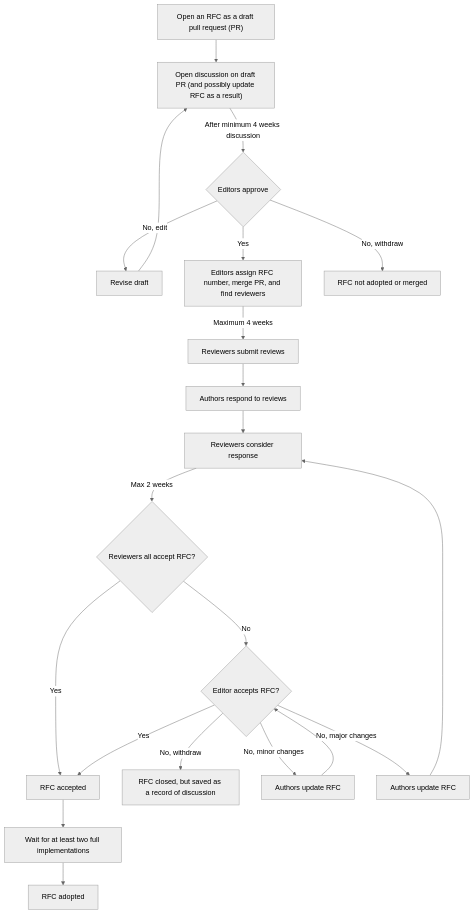
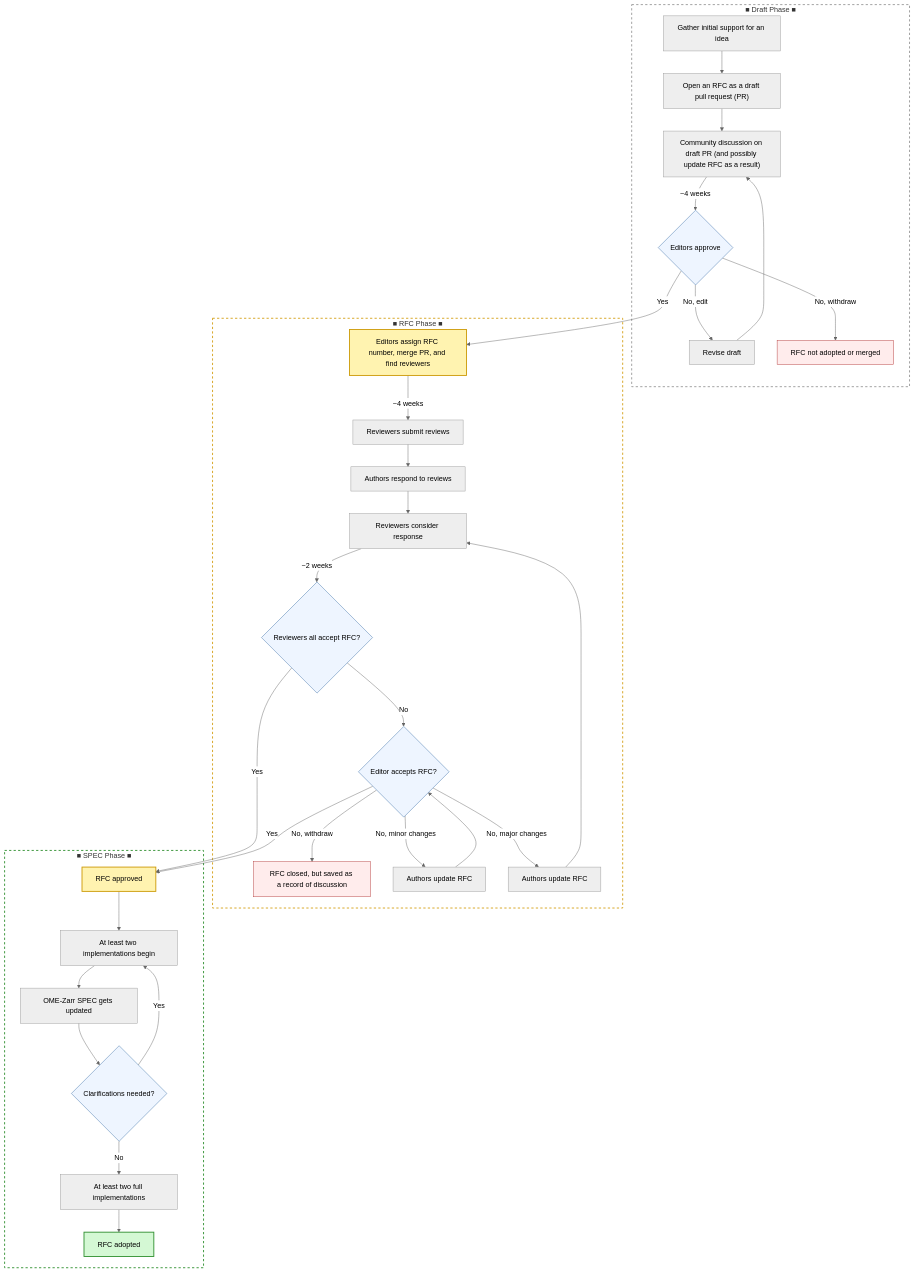
One commit to ome/ngff changed the diagram in resources/process/index.md. Above: the diagram before and after it, drawn with Mermaid (neutral theme).

Commit message:
Proofread + style mermaid

````diff
--- a/resources/process/index.md
+++ b/resources/process/index.md
@@ -107,80 +107,82 @@
 ```mermaid
-
 flowchart TD
 
-open --> discuss_draft
+%% =========================
+%% Draft Phase
+%% =========================
+subgraph DRAFT [■ Draft Phase ■]
+  plan --> open --> discuss_draft -->|~4 weeks| draft_approve
 
-discuss_draft -->|After minimum 4 weeks discussion| draft_approve
+  draft_approve -->|No, edit| revise_draft --> discuss_draft
+  draft_approve -->|No, withdraw| close
 
-draft_approve -->|No, edit| revise_draft
+  plan["Gather initial support for an idea"]
+  open["Open an RFC as a draft pull request (PR)"]
+  discuss_draft["Community discussion on draft PR (and possibly update RFC as a result)"]
+  draft_approve{"Editors approve"}
+  revise_draft["Revise draft"]
+  close["RFC not adopted or merged"]
+end
 
-revise_draft --> discuss_draft
+%% =========================
+%% RFC Phase
+%% =========================
+subgraph RFC [■ RFC Phase ■]
+  draft_approve -->|Yes| editor_assign
+  editor_assign -->|~4 weeks| review --> respond --> re_review -->|~2 weeks| review_decision
 
-draft_approve -->|Yes| editor_assign
+  review_decision -->|No| editor_decision
 
-draft_approve -->|No, withdraw| close
+  editor_decision -->|No, withdraw| close_after_review
+  editor_decision -->|No, minor changes| minor_changes --> editor_decision
+  editor_decision -->|No, major changes| major_changes --> re_review
 
-editor_assign -->|Maximum 4 weeks| review
+  editor_assign["Editors assign RFC number, merge PR, and find reviewers"]
+  review["Reviewers submit reviews"]
+  respond["Authors respond to reviews"]
+  re_review["Reviewers consider response"]
+  review_decision{"Reviewers all accept RFC?"}
+  editor_decision{"Editor accepts RFC?"}
+  minor_changes["Authors update RFC"]
+  major_changes["Authors update RFC"]
+  close_after_review["RFC closed, but saved as a record of discussion"]
+end
 
-review --> respond
+%% =========================
+%% SPEC Phase
+%% =========================
+subgraph SPEC [■ SPEC Phase ■]
+  review_decision -->|Yes| rfc_approve
+  editor_decision -->|Yes| rfc_approve
 
-respond --> re_review
+  rfc_approve --> first_implement --> rfc_accept --> clarifications
+  clarifications -->|Yes| first_implement
+  clarifications -->|No| general_adopt --> adopt
 
-re_review -->|Max 2 weeks| review_decision
+  rfc_approve["RFC approved"]
+  first_implement["At least two implementations begin"]
+  rfc_accept["OME-Zarr SPEC gets updated"]
+  clarifications{"Clarifications needed?"}
+  general_adopt["At least two full implementations"]
+  adopt["RFC adopted"]
+end
 
-review_decision -->|No| editor_decision
+%% =========================
+%% Styling
+%% =========================
+classDef approval fill:#fff3b0,stroke:#cc9a06,stroke-width:2px
+class rfc_approve,editor_assign approval
 
-review_decision -->|Yes| accept
+style adopt fill:#d4f8d4,stroke:#2f8f2f,stroke-width:2px
 
-editor_decision -->|Yes| accept
+classDef decision fill:#eef5ff,stroke:#3b6ea5,stroke-width:1px
+class draft_approve,review_decision,editor_decision,clarifications decision
 
-editor_decision -->|No, withdraw| close_after_review
+classDef endstate fill:#ffecec,stroke:#b33a3a,stroke-width:1px
+class close,close_after_review endstate
 
-editor_decision -->|No, minor changes| minor_changes
+style DRAFT fill:#ffffff,stroke:#999999,stroke-width:2px,stroke-dasharray: 5 5
+style RFC   fill:#ffffff,stroke:#d4a017,stroke-width:2px,stroke-dasharray: 5 5
+style SPEC  fill:#ffffff,stroke:#2f8f2f,stroke-width:2px,stroke-dasharray: 5 5
 
-minor_changes --> editor_decision
-
-editor_decision -->|No, major changes| major_changes
-
-major_changes --> re_review
-
-accept --> implement
-
-implement --> adopt
-
-
-
-open["Open an RFC as a draft pull request (PR)"]
-
-discuss_draft["Open discussion on draft PR (and possibly update RFC as a result)"]
-
-draft_approve{"Editors approve"}
-
-revise_draft["Revise draft"]
-
-close["RFC not adopted or merged"]
-
-editor_assign["Editors assign RFC number, merge PR, and find reviewers"]
-
-review["Reviewers submit reviews"]
-
-respond["Authors respond to reviews"]
-
-re_review["Reviewers consider response"]
-
-major_changes["Authors update RFC"]
-
-minor_changes["Authors update RFC"]
-
-review_decision{"Reviewers all accept RFC?"}
-
-editor_decision{"Editor accepts RFC?"}
-
-close_after_review["RFC closed, but saved as a record of discussion"]
-
-accept["RFC accepted"]
-
-implement["Wait for at least two full implementations"]
-
-adopt["RFC adopted"]
 ```
````
